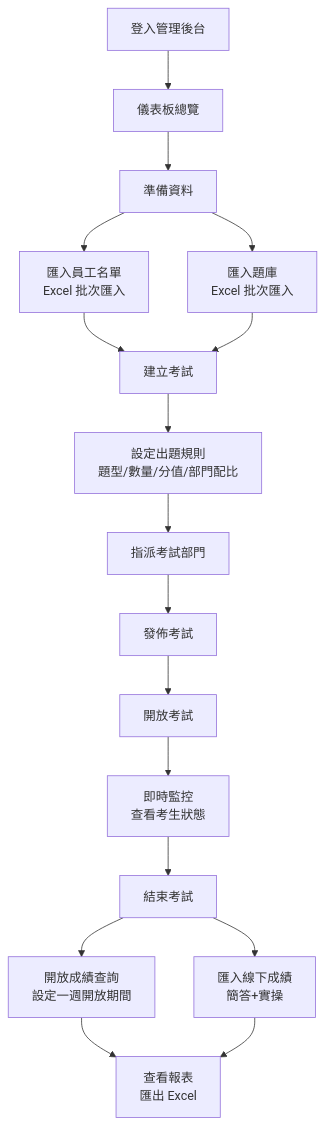
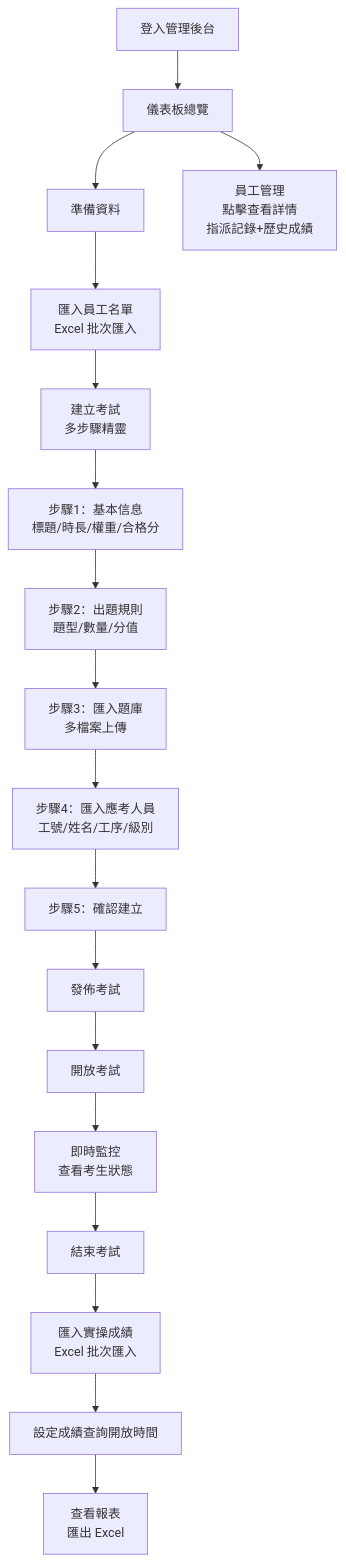
The fourth of 7 diagrams in SDD-Client.md (Aken-Teams/hr-online-test), drawn with Mermaid before and after one commit. The commit also changed other lines of this file and 81 other files, not shown here.

````diff
--- a/SDD-Client.md
+++ b/SDD-Client.md
@@ -99,20 +105,21 @@
 ```mermaid
 flowchart TD
     A[登入管理後台] --> B[儀表板總覽]
     B --> C[準備資料]
     C --> D[匯入員工名單<br/>Excel 批次匯入]
-    C --> E[匯入題庫<br/>Excel 批次匯入]
 
-    D --> F[建立考試]
-    E --> F
-    F --> G[設定出題規則<br/>題型/數量/分值/部門配比]
-    G --> H[指派考試部門]
-    H --> I[發佈考試]
+    D --> F[建立考試<br/>多步驟精靈]
+    F --> S1[步驟1：基本信息<br/>標題/時長/權重/合格分]
+    S1 --> S2[步驟2：出題規則<br/>題型/數量/分值]
+    S2 --> S3[步驟3：匯入題庫<br/>多檔案上傳]
+    S3 --> S4[步驟4：匯入應考人員<br/>工號/姓名/工序/級別]
+    S4 --> S5[步驟5：確認建立]
+    S5 --> I[發佈考試]
     I --> J[開放考試]
     J --> K[即時監控<br/>查看考生狀態]
     K --> L[結束考試]
-    L --> M[開放成績查詢<br/>設定一週開放期間]
-    L --> N[匯入線下成績<br/>簡答+實操]
+    L --> N[匯入實操成績<br/>Excel 批次匯入]
+    N --> M[設定成績查詢開放時間]
     M --> O[查看報表<br/>匯出 Excel]
-    N --> O
+    B --> EMP[員工管理<br/>點擊查看詳情<br/>指派記錄+歷史成績]
 ```
````
